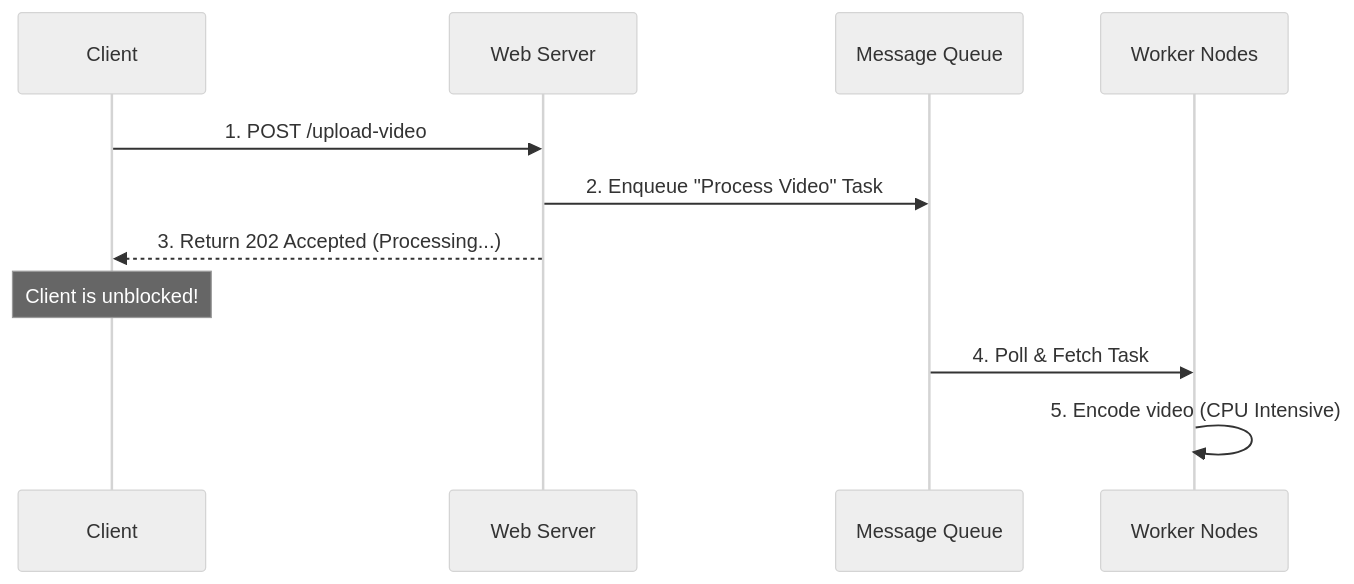
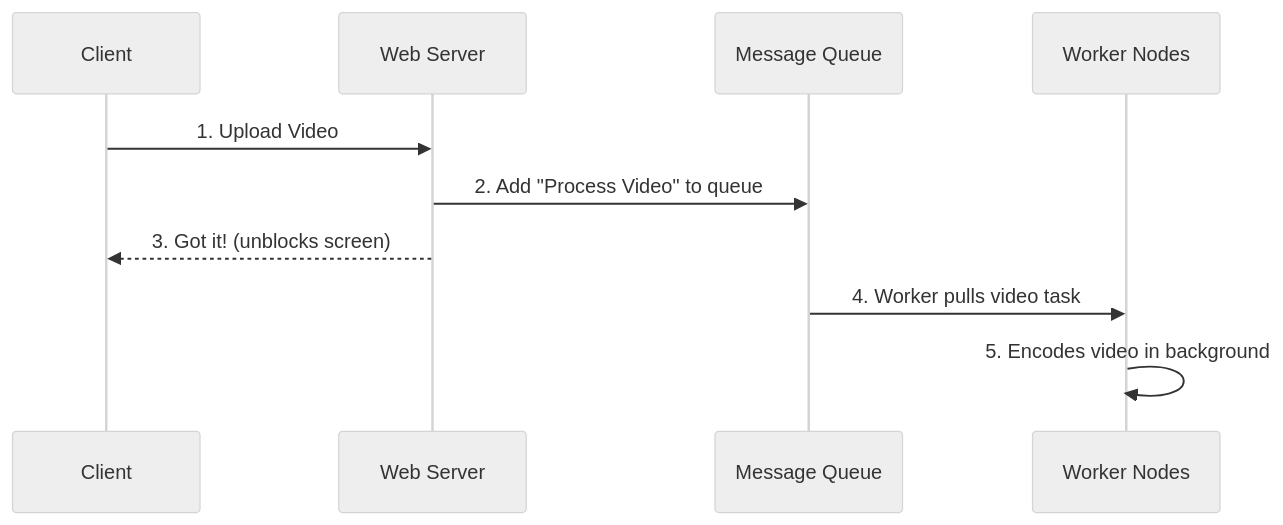
Before and after one commit to PKRacha/system-design: the third of 4 diagrams in basics/04_system_characteristics.md, drawn with Mermaid (neutral theme). The commit also changed other lines of this file and 6 other files, not shown here.

````diff
--- a/basics/04_system_characteristics.md
+++ b/basics/04_system_characteristics.md
@@ -71,15 +71,14 @@
 ```mermaid
 sequenceDiagram
     participant User as Client
     participant App as Web Server
     participant MQ as Message Queue
     participant Worker as Worker Nodes
     
-    User->>App: 1. POST /upload-video
-    App->>MQ: 2. Enqueue "Process Video" Task
-    App-->>User: 3. Return 202 Accepted (Processing...)
-    Note over User: Client is unblocked!
+    User->>App: 1. Upload Video
+    App->>MQ: 2. Add "Process Video" to queue
+    App-->>User: 3. Got it! (unblocks screen)
     
-    MQ->>Worker: 4. Poll & Fetch Task
-    Worker->>Worker: 5. Encode video (CPU Intensive)
+    MQ->>Worker: 4. Worker pulls video task
+    Worker->>Worker: 5. Encodes video in background
 ```
````
